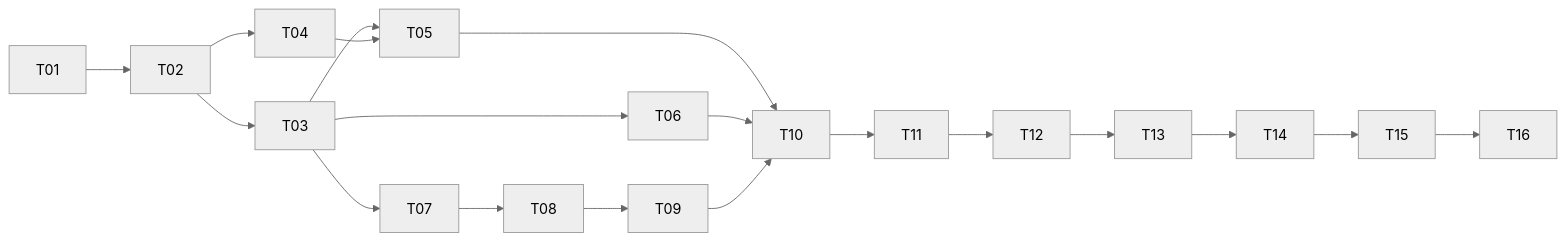
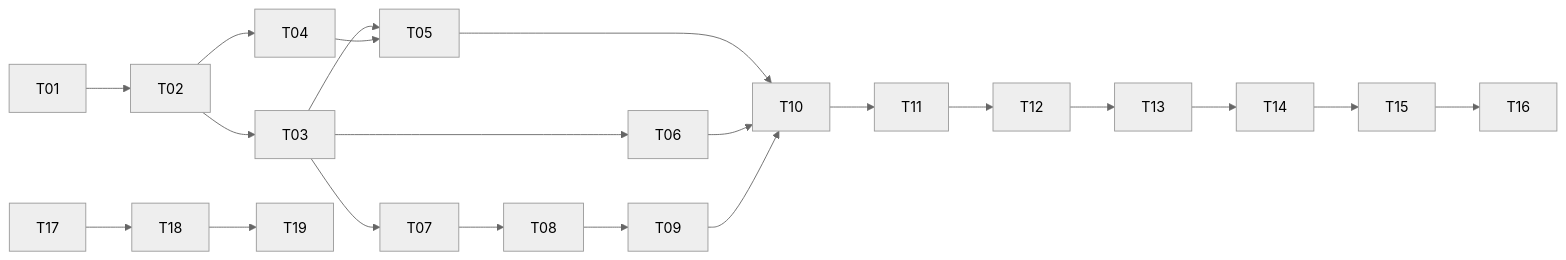
One commit to ruxecaqibi067-maker/life-log changed the diagram in docs/TASKS.md. Above: the diagram before and after it, drawn with Mermaid (neutral theme). The commit also changed other lines of this file and 6 other files, not shown here.

````diff
--- a/docs/TASKS.md
+++ b/docs/TASKS.md
@@ -54,15 +58,16 @@
 ```mermaid
 flowchart LR
   T01 --> T02
   T02 --> T03
   T02 --> T04
   T03 --> T05
   T04 --> T05
   T03 --> T06
   T03 --> T07
   T07 --> T08 --> T09
   T05 --> T10
   T06 --> T10
   T09 --> T10
   T10 --> T11 --> T12 --> T13 --> T14 --> T15 --> T16
+  T17 --> T18 --> T19
 ```
````
